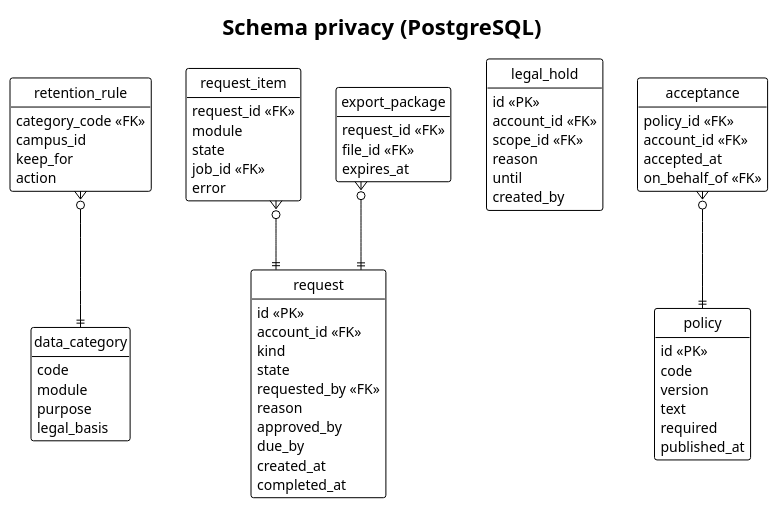
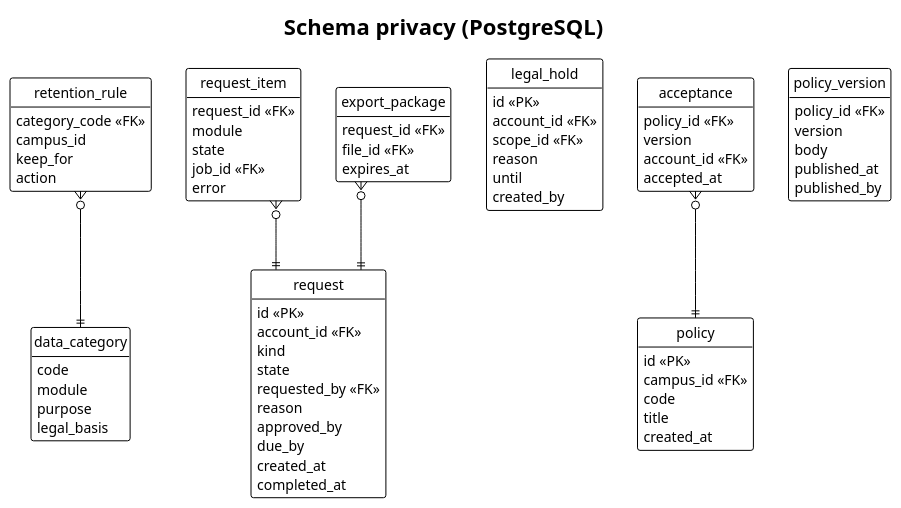
The diagram in docs/03-design/data-model/privacy.puml (didactika/kampus), drawn with PlantUML before and after one commit. The commit also changed other lines of this file and 18 other files, not shown here.

```diff
--- a/docs/03-design/data-model/privacy.puml
+++ b/docs/03-design/data-model/privacy.puml
@@ -1,71 +3,77 @@
 @startuml
 !theme plain
 hide empty members
 hide circle
 skinparam linetype ortho
 title Schema privacy (PostgreSQL)
 
 entity data_category {
   code
   module
   purpose
   legal_basis
 }
 entity request {
   id <<PK>>
   account_id <<FK>>
   kind
   state
   requested_by <<FK>>
   reason
   approved_by
   due_by
   created_at
   completed_at
 }
 entity request_item {
   request_id <<FK>>
   module
   state
   job_id <<FK>>
   error
 }
 entity retention_rule {
   category_code <<FK>>
   campus_id
   keep_for
   action
 }
 entity legal_hold {
   id <<PK>>
   account_id <<FK>>
   scope_id <<FK>>
   reason
   until
   created_by
 }
 entity policy {
   id <<PK>>
+  campus_id <<FK>>
   code
+  title
+  created_at
+}
+entity policy_version {
+  policy_id <<FK>>
   version
-  text
-  required
+  body
   published_at
+  published_by
 }
 entity acceptance {
   policy_id <<FK>>
+  version
   account_id <<FK>>
   accepted_at
-  on_behalf_of <<FK>>
 }
 entity export_package {
   request_id <<FK>>
   file_id <<FK>>
   expires_at
 }
 
 request_item }o--|| request
 retention_rule }o--|| data_category
 acceptance }o--|| policy
 export_package }o--|| request
 @enduml
```
